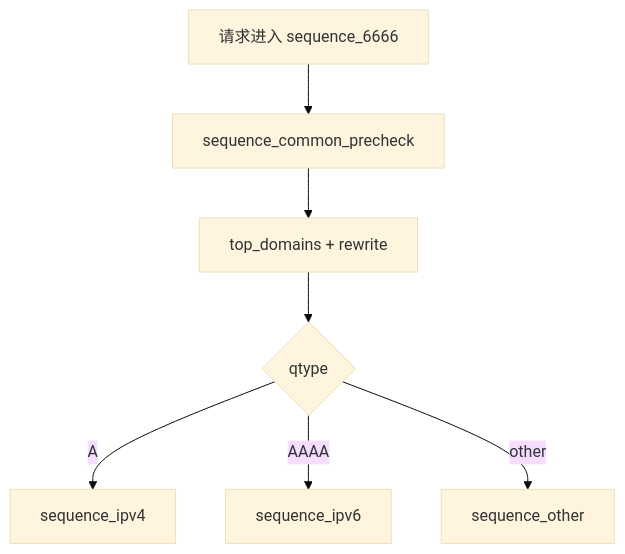
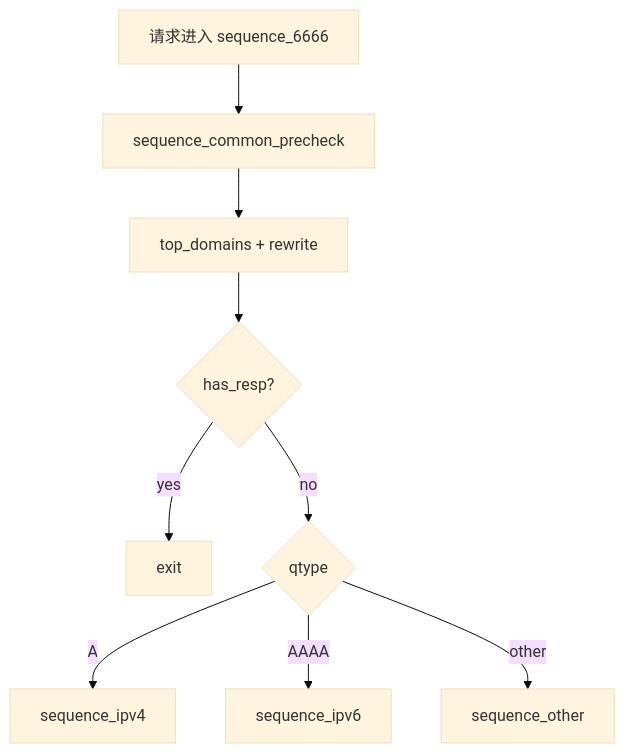
One commit to msm9527/mosdns changed the first of 4 diagrams in docs/DNS_FLOW_DETAILED.md. Above: the diagram before and after it, drawn with Mermaid (base theme). The commit also changed 9 other files, not shown here.

````diff
--- a/docs/DNS_FLOW_DETAILED.md
+++ b/docs/DNS_FLOW_DETAILED.md
@@ -21,9 +21,11 @@
 ```mermaid
 flowchart TD
     A1["请求进入 sequence_6666"] --> A2["sequence_common_precheck"]
     A2 --> A3["top_domains + rewrite"]
-    A3 --> A4{"qtype"}
+    A3 --> A3B{"has_resp?"}
+    A3B -- yes --> A8["exit"]
+    A3B -- no --> A4{"qtype"}
     A4 -- A --> A5["sequence_ipv4"]
     A4 -- AAAA --> A6["sequence_ipv6"]
     A4 -- other --> A7["sequence_other"]
 ```
````
